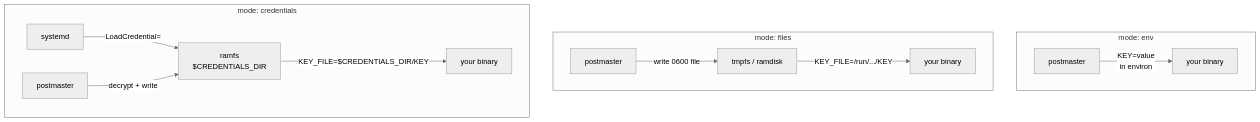
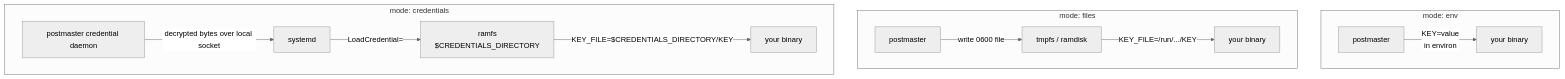
The diagram in docs/src/getting-started/injection-modes.md (beardedeagle/postmaster), drawn with Mermaid (neutral theme) before and after one commit. The commit also changed other lines of this file and 46 other files, not shown here.

````diff
--- a/docs/src/getting-started/injection-modes.md
+++ b/docs/src/getting-started/injection-modes.md
@@ -20,15 +20,15 @@
 ```mermaid
 flowchart TB
     subgraph env["mode: env"]
         pm_env["postmaster"] -->|KEY=value\nin environ| child_env["your binary"]
     end
     subgraph files["mode: files"]
         pm_files["postmaster"] -->|write 0600 file| tmpfs["tmpfs / ramdisk"]
         tmpfs -->|KEY_FILE=/run/.../KEY| child_files["your binary"]
     end
     subgraph cred["mode: credentials"]
-        systemd["systemd"] -->|LoadCredential=| ramfs["ramfs\n$CREDENTIALS_DIR"]
-        pm_cred["postmaster"] -->|decrypt + write| ramfs
-        ramfs -->|KEY_FILE=$CREDENTIALS_DIR/KEY| child_cred["your binary"]
+        daemon["postmaster credential daemon"] -->|decrypted bytes over local socket| systemd["systemd"]
+        systemd -->|LoadCredential=| ramfs["ramfs\n$CREDENTIALS_DIRECTORY"]
+        ramfs -->|KEY_FILE=$CREDENTIALS_DIRECTORY/KEY| child_cred["your binary"]
     end
 ```
````
